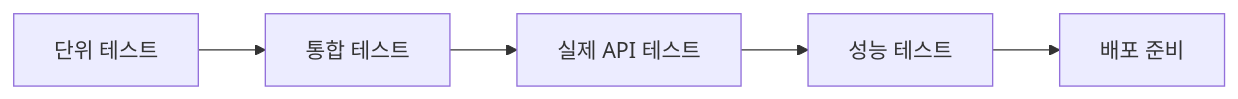
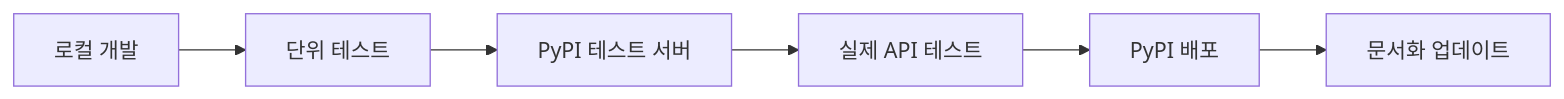
One commit to realcoding2003/realcoding.github.io changed the second of 5 diagrams in _posts/2025-06-07-vertex-ai-imagen-mcp-blog-automation.md. Above: the diagram before and after it, drawn with Mermaid. The commit also changed other lines of this file, not shown here.

First line of the commit message:
Vertex AI Imagen 문서 업데이트 및 Python 패키지로 전환

````diff
--- a/_posts/2025-06-07-vertex-ai-imagen-mcp-blog-automation.md
+++ b/_posts/2025-06-07-vertex-ai-imagen-mcp-blog-automation.md
@@ -135,7 +164,8 @@
 ```mermaid
 flowchart LR
-    A[단위 테스트] --> B[통합 테스트]
-    B --> C[실제 API 테스트]
-    C --> D[성능 테스트]
-    D --> E[배포 준비]
+    A[로컬 개발] --> B[단위 테스트]
+    B --> C[PyPI 테스트 서버]
+    C --> D[실제 API 테스트]
+    D --> E[PyPI 배포]
+    E --> F[문서화 업데이트]
 ```
````
